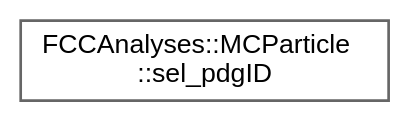
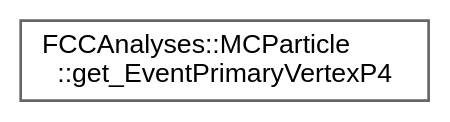
Before and after one commit to HEP-FCC/FCCAnalyses: the diagram in doc/latest/inherit_graph_51.dot, drawn with Graphviz. The commit also changed 173 other files, not shown here.

```diff
--- a/doc/latest/inherit_graph_51.dot
+++ b/doc/latest/inherit_graph_51.dot
@@ -1,9 +1,9 @@
 digraph "Graphical Class Hierarchy"
 {
  // LATEX_PDF_SIZE
   bgcolor="transparent";
   edge [fontname=Helvetica,fontsize=10,labelfontname=Helvetica,labelfontsize=10];
   node [fontname=Helvetica,fontsize=10,shape=box,height=0.2,width=0.4];
   rankdir="LR";
-  Node0 [id="Node000000",label="FCCAnalyses::MCParticle\l::sel_pdgID",height=0.2,width=0.4,color="grey40", fillcolor="white", style="filled",URL="$structFCCAnalyses_1_1MCParticle_1_1sel__pdgID.html",tooltip="select MCParticles with their PDG id"];
+  Node0 [id="Node000000",label="FCCAnalyses::MCParticle\l::get_EventPrimaryVertexP4",height=0.2,width=0.4,color="grey40", fillcolor="white", style="filled",URL="$structFCCAnalyses_1_1MCParticle_1_1get__EventPrimaryVertexP4.html",tooltip="return the event primary vertex position and time (mm)"];
 }
```
